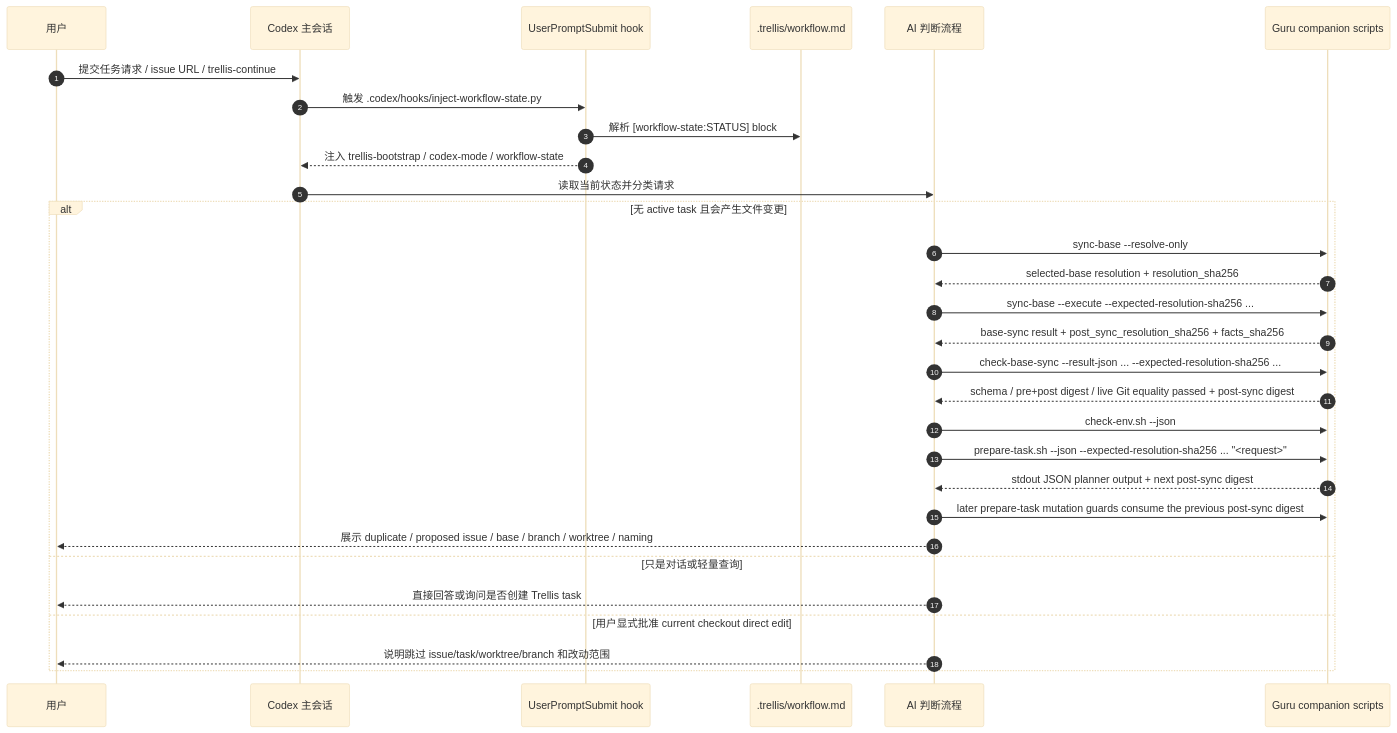
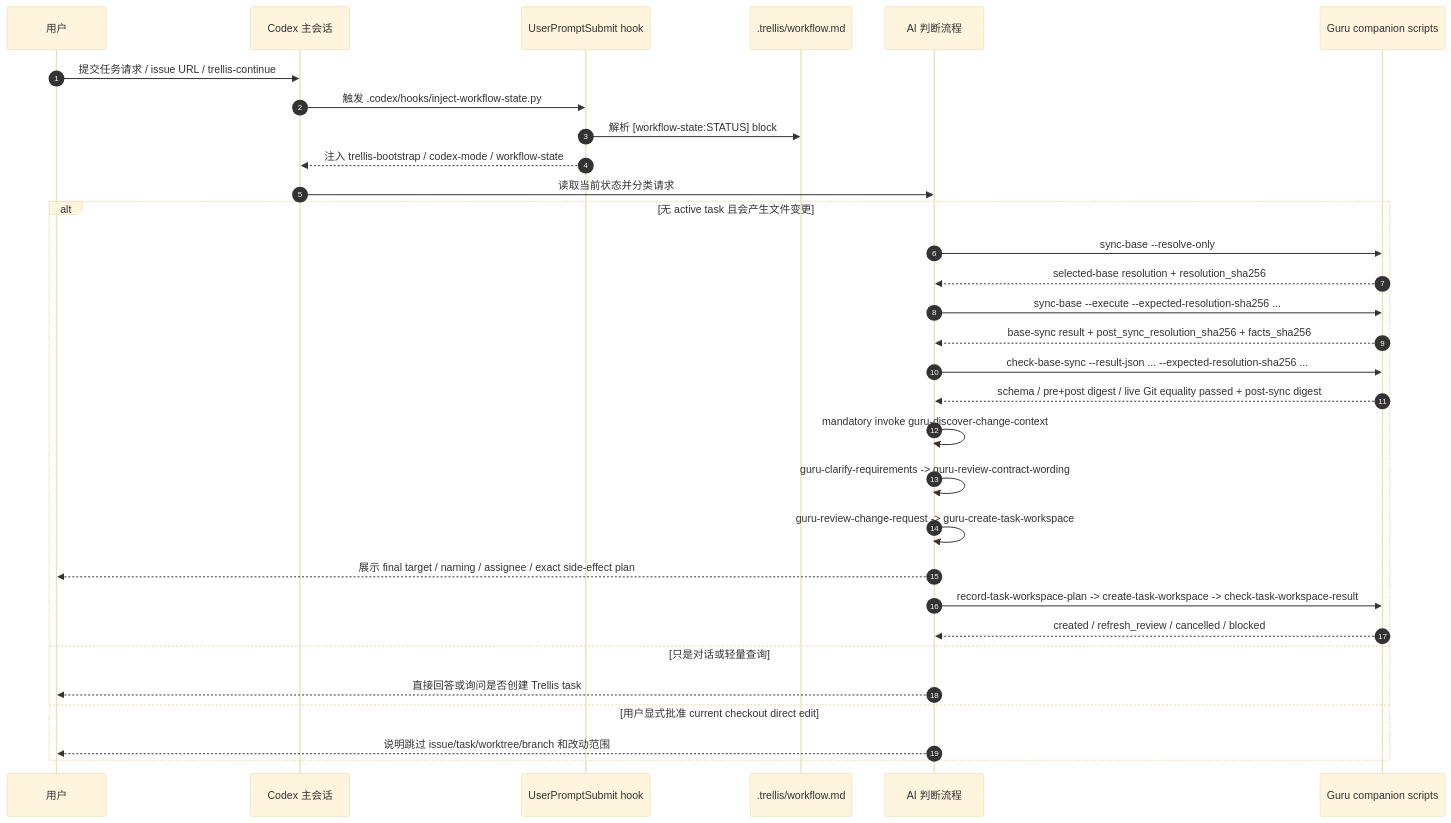
One commit to castbox/guru-trellis changed the third of 6 diagrams in docs/requirements/guru-team-trellis-flow.md. Above: the diagram before and after it, drawn with Mermaid (base theme). The commit also changed other lines of this file and 120 other files, not shown here.

````diff
--- a/docs/requirements/guru-team-trellis-flow.md
+++ b/docs/requirements/guru-team-trellis-flow.md
@@ -149,33 +149,34 @@
 ```mermaid
 sequenceDiagram
   autonumber
   participant User as 用户
   participant Codex as Codex 主会话
   participant Hook as UserPromptSubmit hook
   participant Workflow as .trellis/workflow.md
   participant AI as AI 判断流程
   participant Script as Guru companion scripts
 
   User->>Codex: 提交任务请求 / issue URL / trellis-continue
   Codex->>Hook: 触发 .codex/hooks/inject-workflow-state.py
   Hook->>Workflow: 解析 [workflow-state:STATUS] block
   Hook-->>Codex: 注入 trellis-bootstrap / codex-mode / workflow-state
   Codex->>AI: 读取当前状态并分类请求
   alt 无 active task 且会产生文件变更
     AI->>Script: sync-base --resolve-only
     Script-->>AI: selected-base resolution + resolution_sha256
     AI->>Script: sync-base --execute --expected-resolution-sha256 ...
     Script-->>AI: base-sync result + post_sync_resolution_sha256 + facts_sha256
     AI->>Script: check-base-sync --result-json ... --expected-resolution-sha256 ...
     Script-->>AI: schema / pre+post digest / live Git equality passed + post-sync digest
-    AI->>Script: check-env.sh --json
-    AI->>Script: prepare-task.sh --json --expected-resolution-sha256 ... "<request>"
-    Script-->>AI: stdout JSON planner output + next post-sync digest
-    AI->>Script: later prepare-task mutation guards consume the previous post-sync digest
-    AI-->>User: 展示 duplicate / proposed issue / base / branch / worktree / naming
+    AI->>AI: mandatory invoke guru-discover-change-context
+    AI->>AI: guru-clarify-requirements -> guru-review-contract-wording
+    AI->>AI: guru-review-change-request -> guru-create-task-workspace
+    AI-->>User: 展示 final target / naming / assignee / exact side-effect plan
+    AI->>Script: record-task-workspace-plan -> create-task-workspace -> check-task-workspace-result
+    Script-->>AI: created / refresh_review / cancelled / blocked
   else 只是对话或轻量查询
     AI-->>User: 直接回答或询问是否创建 Trellis task
   else 用户显式批准 current checkout direct edit
     AI-->>User: 说明跳过 issue/task/worktree/branch 和改动范围
   end
 ```
````
